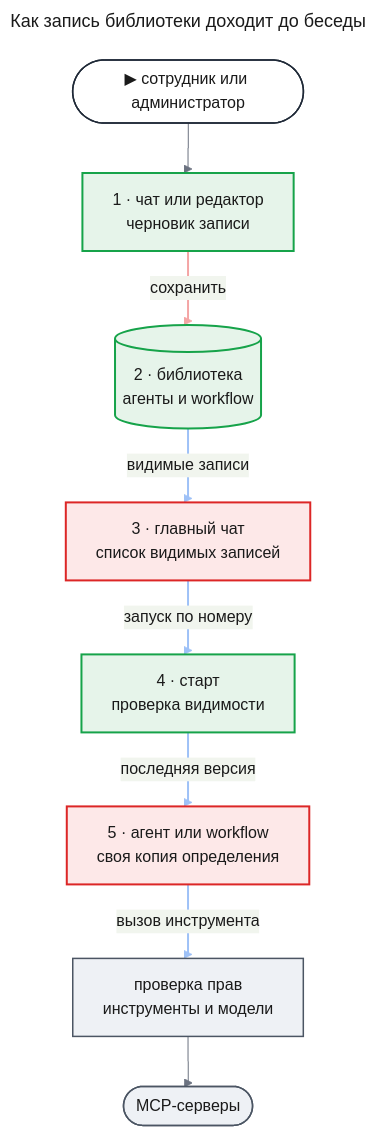
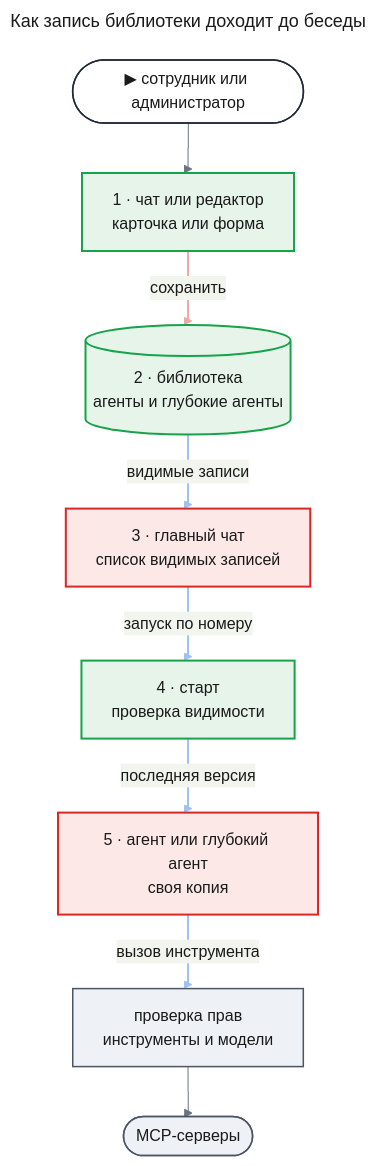
The first of 5 diagrams in docs/features/custom-agents/prd.md (tundraray/agent-os), drawn with Mermaid before and after one commit. The commit also changed other lines of this file and 1225 other files, not shown here.

````diff
--- a/docs/features/custom-agents/prd.md
+++ b/docs/features/custom-agents/prd.md
@@ -48,52 +47,52 @@
 ```mermaid
 ---
 title: "Как запись библиотеки доходит до беседы"
 config:
   theme: base
   look: classic
   themeVariables:
     primaryColor: "#eef1f5"
     primaryBorderColor: "#4b5563"
     primaryTextColor: "#1a1a1a"
     lineColor: "#6b7280"
   flowchart:
     curve: step
   themeCSS: |
     @keyframes lit_lb{0%,18%{stroke:#991b1b;stroke-width:6px}20%,100%{stroke:#f4a5a5;stroke-width:2px}}
     @keyframes litr_lb{0%,18%{stroke:#1d4ed8;stroke-width:6px}20%,100%{stroke:#9ec1f7;stroke-width:2px}}
 ---
 flowchart TD
     entry(["▶ сотрудник или администратор"])
-    author["1 · чат или редактор<br/>черновик записи"]
-    lib[("2 · библиотека<br/>агенты и workflow")]
+    author["1 · чат или редактор<br/>карточка или форма"]
+    lib[("2 · библиотека<br/>агенты и глубокие агенты")]
     chat["3 · главный чат<br/>список видимых записей"]
     start["4 · старт<br/>проверка видимости"]
-    run["5 · агент или workflow<br/>своя копия определения"]
+    run["5 · агент или глубокий агент<br/>своя копия"]
     gate["проверка прав<br/>инструменты и модели"]
     mcp(["MCP-серверы"])
     entry --> author
     author e1@-->|"сохранить"| lib
     lib e2@-->|"видимые записи"| chat
     chat e3@-->|"запуск по номеру"| start
     start e4@-->|"последняя версия"| run
     run e5@-->|"вызов инструмента"| gate
     gate --> mcp
     classDef entry fill:#ffffff,stroke:#1f2937,stroke-width:1.5px,color:#1a1a1a
     classDef changed fill:#fde8e8,stroke:#dc2626,stroke-width:2px,color:#1a1a1a
     classDef new fill:#e6f4ea,stroke:#16a34a,stroke-width:2px,color:#1a1a1a
     classDef unchanged fill:#eef1f5,stroke:#4b5563,stroke-width:1.5px,color:#1a1a1a
     classDef w1 stroke:#f4a5a5,stroke-width:2px,animation:lit_lb 6s linear 0s infinite
     classDef r1 stroke:#9ec1f7,stroke-width:2px,animation:litr_lb 6s linear 1.2s infinite
     classDef r2 stroke:#9ec1f7,stroke-width:2px,animation:litr_lb 6s linear 2.4s infinite
     classDef r3 stroke:#9ec1f7,stroke-width:2px,animation:litr_lb 6s linear 3.6s infinite
     classDef r4 stroke:#9ec1f7,stroke-width:2px,animation:litr_lb 6s linear 4.8s infinite
     class entry entry
     class author,lib,start new
     class chat,run changed
     class gate,mcp unchanged
     class e1 w1
     class e2 r1
     class e3 r2
     class e4 r3
     class e5 r4
 ```
````
